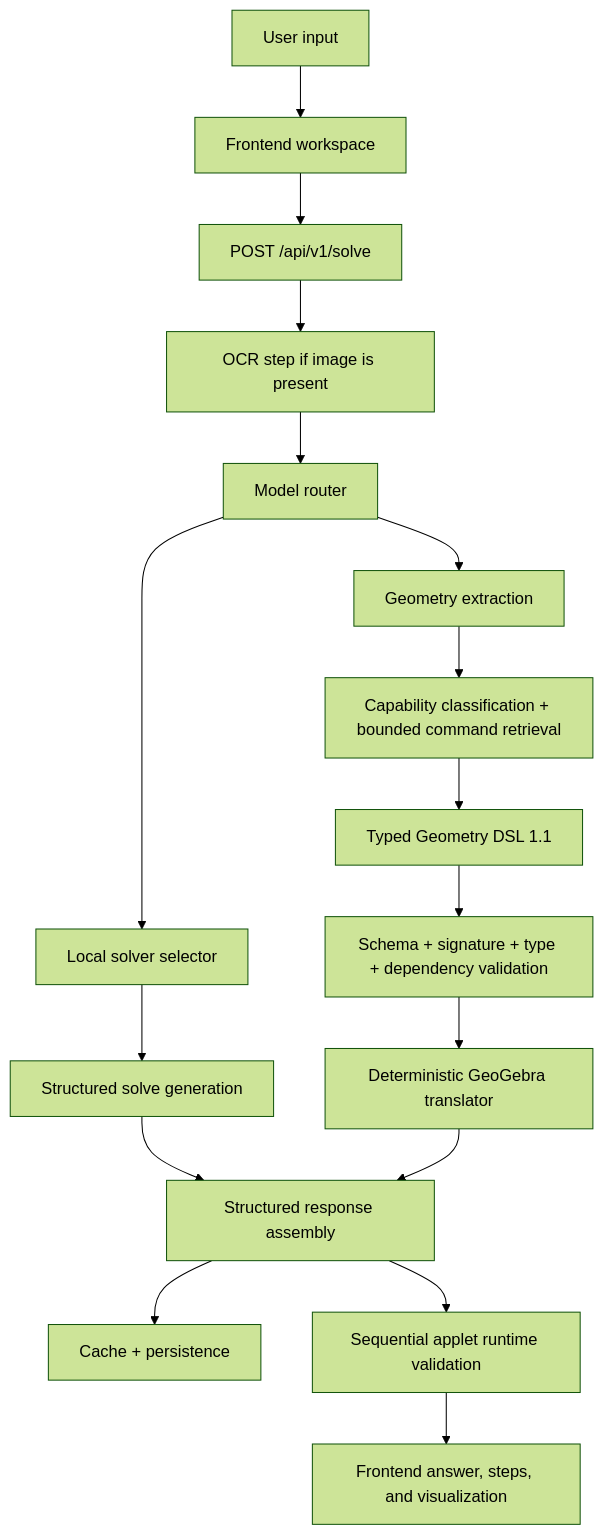
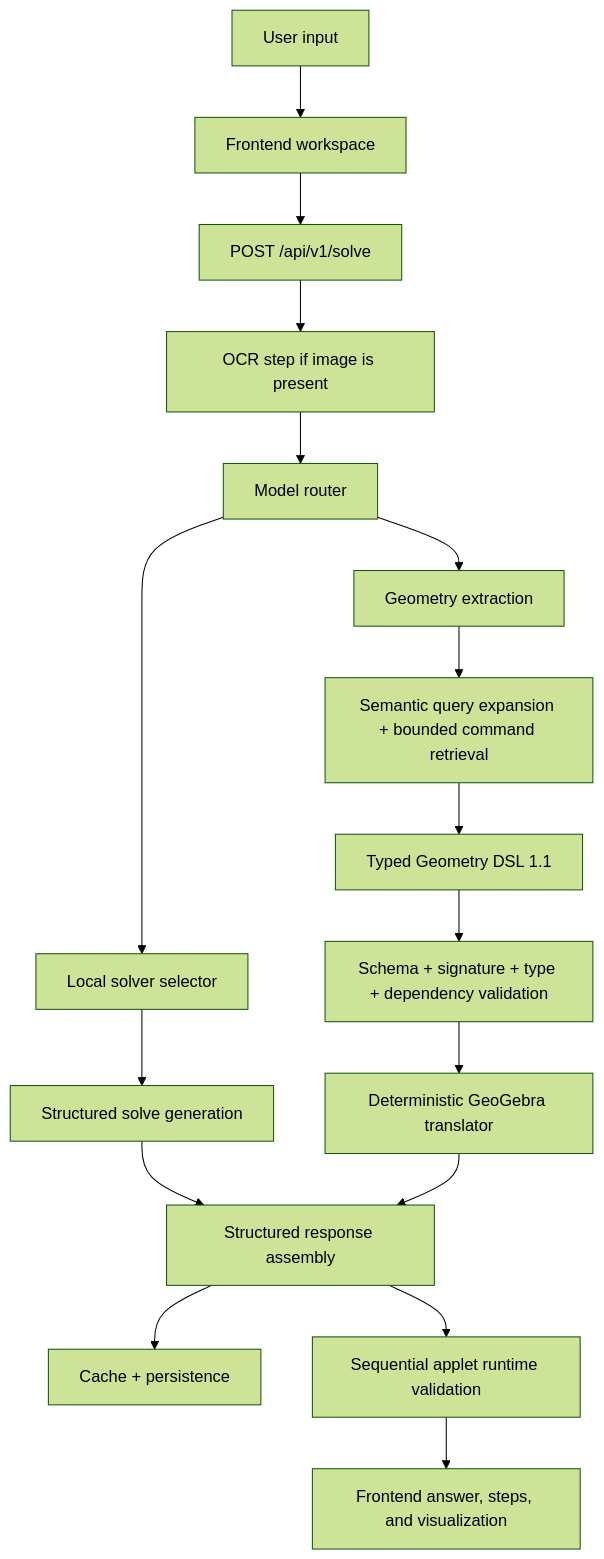
The diagram in docs/ARCHITECTURE.md (adamtcprods/intomath), drawn with Mermaid (forest theme) before and after one commit. The commit also changed other lines of this file and 62 other files, not shown here.

````diff
--- a/docs/ARCHITECTURE.md
+++ b/docs/ARCHITECTURE.md
@@ -17,19 +17,19 @@
 ```mermaid
 flowchart TD
     A[User input] --> B[Frontend workspace]
     B --> C[POST /api/v1/solve]
     C --> D[OCR step if image is present]
     D --> E[Model router]
     E --> L[Local solver selector]
     L --> F[Structured solve generation]
     E --> G[Geometry extraction]
-    G --> H[Capability classification + bounded command retrieval]
+    G --> H[Semantic query expansion + bounded command retrieval]
     H --> I[Typed Geometry DSL 1.1]
     I --> V[Schema + signature + type + dependency validation]
     V --> T[Deterministic GeoGebra translator]
     F --> J[Structured response assembly]
     T --> J
     J --> K[Cache + persistence]
     J --> R[Sequential applet runtime validation]
     R --> U[Frontend answer, steps, and visualization]
 ```
````
